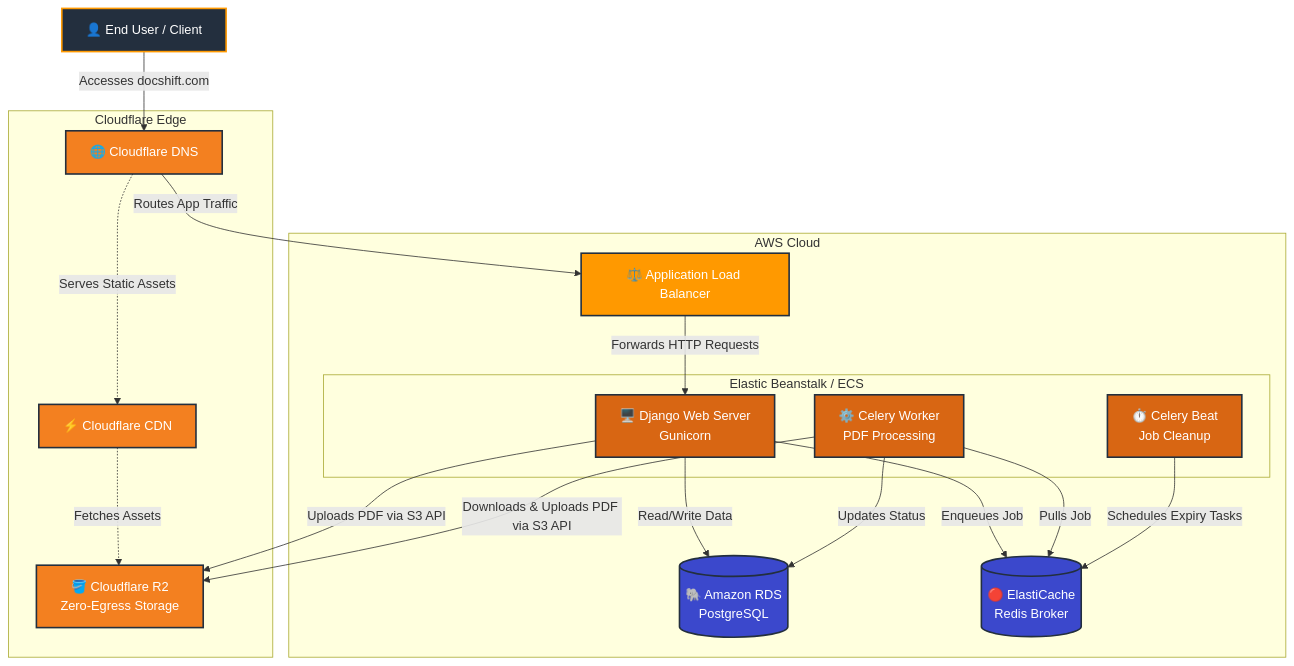
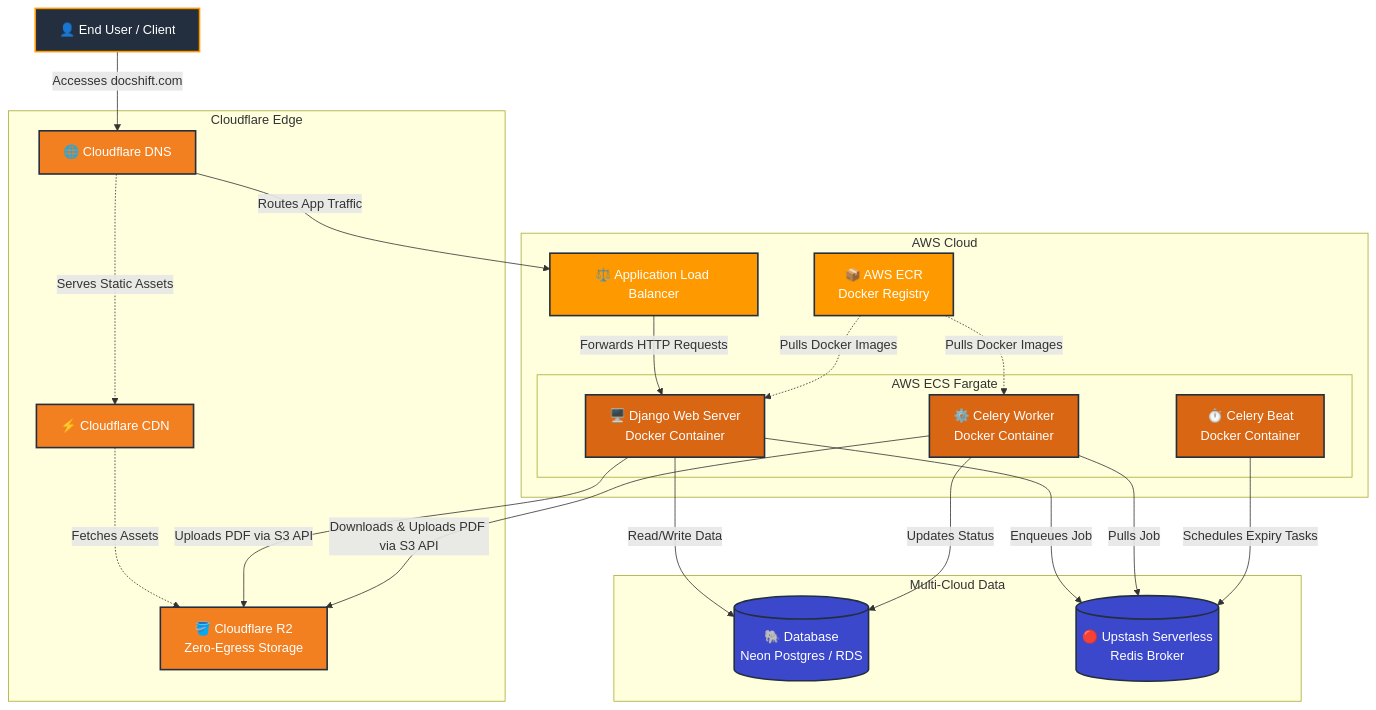
Before and after one commit to mauryasubh/docshift: the diagram in diagrams/aws_architecture.md, drawn with Mermaid. The commit also changed other lines of this file and 7 other files, not shown here.

````diff
--- a/diagrams/aws_architecture.md
+++ b/diagrams/aws_architecture.md
@@ -5,50 +5,55 @@
 ```mermaid
 graph TD
     %% Define Styles
     classDef aws fill:#FF9900,stroke:#232F3E,stroke-width:2px,color:white;
     classDef cloudflare fill:#F38020,stroke:#232F3E,stroke-width:2px,color:white;
     classDef client fill:#232F3E,stroke:#FF9900,stroke-width:2px,color:white;
     classDef db fill:#3b48cc,stroke:#232F3E,stroke-width:2px,color:white;
     classDef compute fill:#D86613,stroke:#232F3E,stroke-width:2px,color:white;
 
     User[👤 End User / Client]:::client
 
     subgraph Cloudflare Edge
         CF_DNS[🌐 Cloudflare DNS]:::cloudflare
         CF_CDN[⚡ Cloudflare CDN]:::cloudflare
         R2[🪣 Cloudflare R2<br/>Zero-Egress Storage]:::cloudflare
     end
 
     subgraph AWS Cloud
         ALB[⚖️ Application Load Balancer]:::aws
+        ECR[📦 AWS ECR<br/>Docker Registry]:::aws
         
-        subgraph Elastic Beanstalk / ECS
-            Web[🖥️ Django Web Server<br/>Gunicorn]:::compute
-            Worker[⚙️ Celery Worker<br/>PDF Processing]:::compute
-            Beat[⏱️ Celery Beat<br/>Job Cleanup]:::compute
+        subgraph AWS ECS Fargate
+            Web[🖥️ Django Web Server<br/>Docker Container]:::compute
+            Worker[⚙️ Celery Worker<br/>Docker Container]:::compute
+            Beat[⏱️ Celery Beat<br/>Docker Container]:::compute
         end
-        
-        RDS[(🐘 Amazon RDS<br/>PostgreSQL)]:::db
-        Redis[(🔴 ElastiCache<br/>Redis Broker)]:::db
+    end
+
+    subgraph Multi-Cloud Data
+        DB[(🐘 Database<br/>Neon Postgres / RDS)]:::db
+        Redis[(🔴 Upstash Serverless<br/>Redis Broker)]:::db
     end
 
     %% External Flow
     User -->|Accesses docshift.com| CF_DNS
     CF_DNS -.->|Serves Static Assets| CF_CDN
     CF_DNS -->|Routes App Traffic| ALB
     CF_CDN -.->|Fetches Assets| R2
     
     %% Compute Layer
     ALB -->|Forwards HTTP Requests| Web
+    ECR -.->|Pulls Docker Images| Web
+    ECR -.->|Pulls Docker Images| Worker
     
     %% Internal Connections
-    Web -->|Read/Write Data| RDS
+    Web -->|Read/Write Data| DB
     Web -->|Enqueues Job| Redis
     Web -->|Uploads PDF via S3 API| R2
     
     Worker -->|Pulls Job| Redis
-    Worker -->|Updates Status| RDS
+    Worker -->|Updates Status| DB
     Worker -->|Downloads & Uploads PDF via S3 API| R2
     
     Beat -->|Schedules Expiry Tasks| Redis
 ```
````
